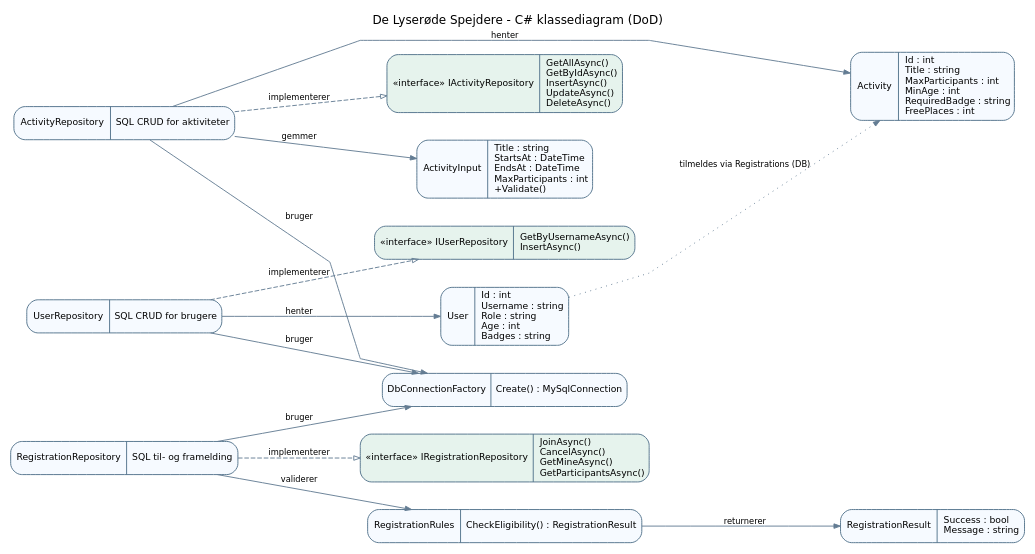
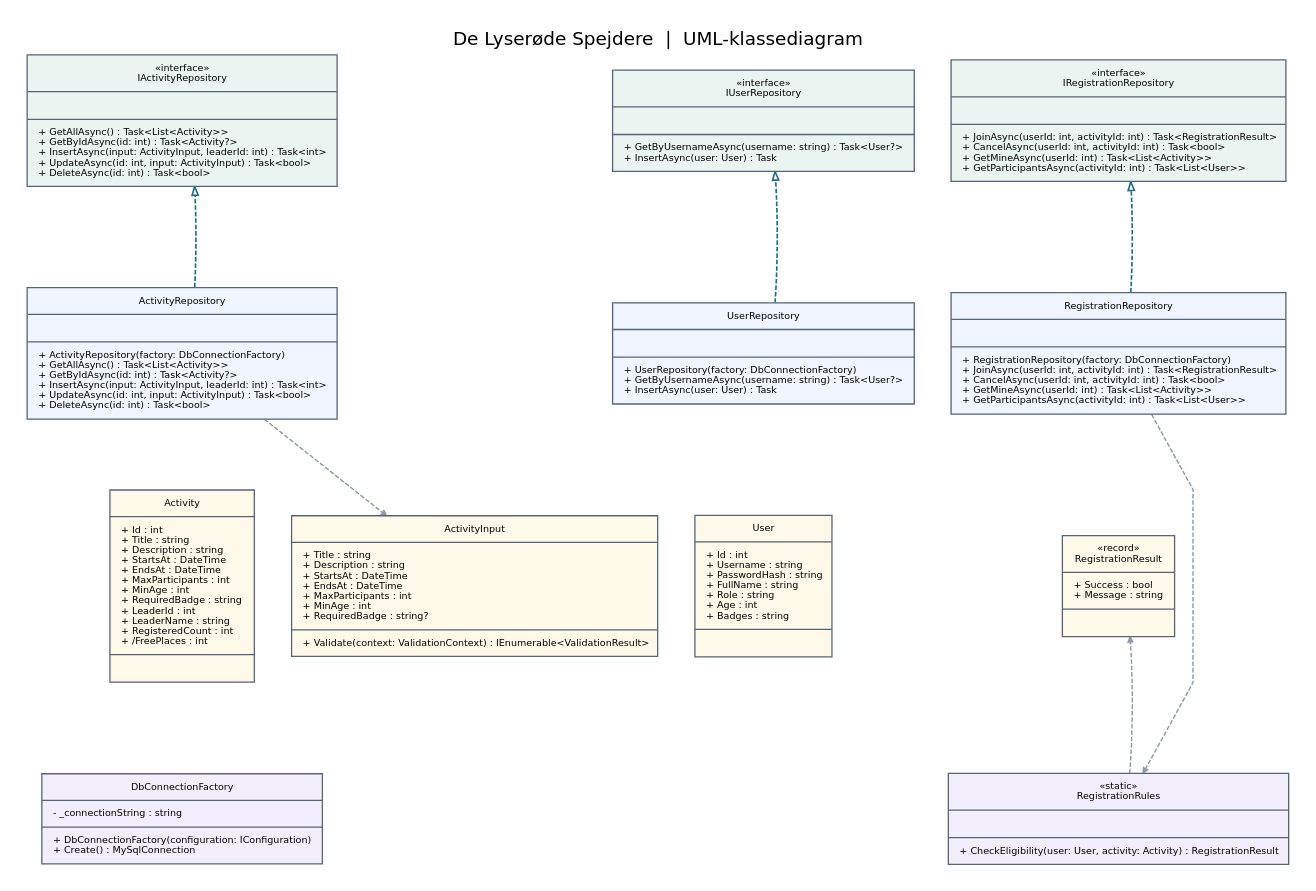
One commit to martinsir/DeLyseroedeSpejdere changed the diagram in DeLyseroedeSpejdere/Docs/Klassediagram.dot. Above: the diagram before and after it, drawn with Graphviz. The commit also changed 13 other files, not shown here.

```diff
--- a/DeLyseroedeSpejdere/Docs/Klassediagram.dot
+++ b/DeLyseroedeSpejdere/Docs/Klassediagram.dot
@@ -1,29 +1,35 @@
 digraph UML {
-  graph [rankdir=LR,bgcolor="white",fontname="DejaVu Sans",splines=polyline,nodesep=.40,ranksep=.9,fontsize=13,label="De Lyserøde Spejdere - C# klassediagram (DoD)",labelloc=t];
-  node [shape=record,style="rounded,filled",fillcolor="#f6faff",color="#50718a",fontname="DejaVu Sans",fontsize=10,margin="0.10,0.05"];
-  edge [color="#637c93",fontname="DejaVu Sans",fontsize=9,arrowsize=.7];
-  User [label="{User|Id : int\lUsername : string\lRole : string\lAge : int\lBadges : string\l}"];
-  Activity [label="{Activity|Id : int\lTitle : string\lMaxParticipants : int\lMinAge : int\lRequiredBadge : string\lFreePlaces : int\l}"];
-  ActivityInput [label="{ActivityInput|Title : string\lStartsAt : DateTime\lEndsAt : DateTime\lMaxParticipants : int\l+Validate()\l}"];
-  RegistrationResult [label="{RegistrationResult|Success : bool\lMessage : string\l}"];
-  IActivityRepository [label="{«interface» IActivityRepository|GetAllAsync()\lGetByIdAsync()\lInsertAsync()\lUpdateAsync()\lDeleteAsync()\l}",fillcolor="#e6f3ed"];
-  IUserRepository [label="{«interface» IUserRepository|GetByUsernameAsync()\lInsertAsync()\l}",fillcolor="#e6f3ed"];
-  IRegistrationRepository [label="{«interface» IRegistrationRepository|JoinAsync()\lCancelAsync()\lGetMineAsync()\lGetParticipantsAsync()\l}",fillcolor="#e6f3ed"];
-  ActivityRepository [label="{ActivityRepository|SQL CRUD for aktiviteter}"];
-  UserRepository [label="{UserRepository|SQL CRUD for brugere}"];
-  RegistrationRepository [label="{RegistrationRepository|SQL til- og framelding}"];
-  DbConnectionFactory [label="{DbConnectionFactory|Create() : MySqlConnection}"];
-  RegistrationRules [label="{RegistrationRules|CheckEligibility() : RegistrationResult}"];
-  ActivityRepository -> IActivityRepository [style=dashed,arrowhead=empty,label="implementerer"];
-  UserRepository -> IUserRepository [style=dashed,arrowhead=empty,label="implementerer"];
-  RegistrationRepository -> IRegistrationRepository [style=dashed,arrowhead=empty,label="implementerer"];
-  ActivityRepository -> DbConnectionFactory [label="bruger"];
-  UserRepository -> DbConnectionFactory [label="bruger"];
-  RegistrationRepository -> DbConnectionFactory [label="bruger"];
-  ActivityRepository -> Activity [label="henter"];
-  ActivityRepository -> ActivityInput [label="gemmer"];
-  UserRepository -> User [label="henter"];
-  RegistrationRepository -> RegistrationRules [label="validerer"];
-  RegistrationRules -> RegistrationResult [label="returnerer"];
-  User -> Activity [style=dotted,label="tilmeldes via Registrations (DB)"];
+  graph [rankdir=TB, bgcolor="white", pad="0.3", nodesep="0.56", ranksep="1.05 equally", splines=polyline, outputorder=edgesfirst, fontname="DejaVu Sans", fontsize=20, labelloc=t, label="De Lyserøde Spejdere  |  UML-klassediagram"];
+  node [shape=record, style="filled", color="#566477", penwidth=1.4, fontsize=10.4, fontname="DejaVu Sans", margin="0.17,0.12"];
+  edge [color="#536678", penwidth=1.5, arrowsize=0.95, fontname="DejaVu Sans", fontsize=9];
+  IActivityRepository [label="{«interface»\nIActivityRepository|\l|+ GetAllAsync() : Task\<List\<Activity\>\>\l+ GetByIdAsync(id: int) : Task\<Activity?\>\l+ InsertAsync(input: ActivityInput, leaderId: int) : Task\<int\>\l+ UpdateAsync(id: int, input: ActivityInput) : Task\<bool\>\l+ DeleteAsync(id: int) : Task\<bool\>\l}", fillcolor="#eaf4f0"];
+  IUserRepository [label="{«interface»\nIUserRepository|\l|+ GetByUsernameAsync(username: string) : Task\<User?\>\l+ InsertAsync(user: User) : Task\l}", fillcolor="#eaf4f0"];
+  IRegistrationRepository [label="{«interface»\nIRegistrationRepository|\l|+ JoinAsync(userId: int, activityId: int) : Task\<RegistrationResult\>\l+ CancelAsync(userId: int, activityId: int) : Task\<bool\>\l+ GetMineAsync(userId: int) : Task\<List\<Activity\>\>\l+ GetParticipantsAsync(activityId: int) : Task\<List\<User\>\>\l}", fillcolor="#eaf4f0"];
+  ActivityRepository [label="{ActivityRepository|\l|+ ActivityRepository(factory: DbConnectionFactory)\l+ GetAllAsync() : Task\<List\<Activity\>\>\l+ GetByIdAsync(id: int) : Task\<Activity?\>\l+ InsertAsync(input: ActivityInput, leaderId: int) : Task\<int\>\l+ UpdateAsync(id: int, input: ActivityInput) : Task\<bool\>\l+ DeleteAsync(id: int) : Task\<bool\>\l}", fillcolor="#f0f5ff"];
+  UserRepository [label="{UserRepository|\l|+ UserRepository(factory: DbConnectionFactory)\l+ GetByUsernameAsync(username: string) : Task\<User?\>\l+ InsertAsync(user: User) : Task\l}", fillcolor="#f0f5ff"];
+  RegistrationRepository [label="{RegistrationRepository|\l|+ RegistrationRepository(factory: DbConnectionFactory)\l+ JoinAsync(userId: int, activityId: int) : Task\<RegistrationResult\>\l+ CancelAsync(userId: int, activityId: int) : Task\<bool\>\l+ GetMineAsync(userId: int) : Task\<List\<Activity\>\>\l+ GetParticipantsAsync(activityId: int) : Task\<List\<User\>\>\l}", fillcolor="#f0f5ff"];
+  Activity [label="{Activity|+ Id : int\l+ Title : string\l+ Description : string\l+ StartsAt : DateTime\l+ EndsAt : DateTime\l+ MaxParticipants : int\l+ MinAge : int\l+ RequiredBadge : string\l+ LeaderId : int\l+ LeaderName : string\l+ RegisteredCount : int\l+ /FreePlaces : int\l| \l}", fillcolor="#fff9e9"];
+  User [label="{User|+ Id : int\l+ Username : string\l+ PasswordHash : string\l+ FullName : string\l+ Role : string\l+ Age : int\l+ Badges : string\l| \l}", fillcolor="#fff9e9"];
+  ActivityInput [label="{ActivityInput|+ Title : string\l+ Description : string\l+ StartsAt : DateTime\l+ EndsAt : DateTime\l+ MaxParticipants : int\l+ MinAge : int\l+ RequiredBadge : string?\l|+ Validate(context: ValidationContext) : IEnumerable\<ValidationResult\>\l}", fillcolor="#fff9e9"];
+  RegistrationResult [label="{«record»\nRegistrationResult|+ Success : bool\l+ Message : string\l| \l}", fillcolor="#fff9e9"];
+  DbConnectionFactory [label="{DbConnectionFactory|- _connectionString : string\l|+ DbConnectionFactory(configuration: IConfiguration)\l+ Create() : MySqlConnection\l}", fillcolor="#f3eefb"];
+  RegistrationRules [label="{«static»\nRegistrationRules|\l|+ CheckEligibility(user: User, activity: Activity) : RegistrationResult\l}", fillcolor="#f3eefb"];
+  { rank=same; IActivityRepository; IUserRepository; IRegistrationRepository; }
+  { rank=same; ActivityRepository; UserRepository; RegistrationRepository; }
+  { rank=same; Activity; ActivityInput; User; RegistrationResult; }
+  { rank=same; DbConnectionFactory; RegistrationRules; }
+  IActivityRepository -> ActivityRepository [style=invis, weight=110, minlen=1];
+  IUserRepository -> UserRepository [style=invis, weight=110, minlen=1];
+  IRegistrationRepository -> RegistrationRepository [style=invis, weight=110, minlen=1];
+  ActivityRepository -> Activity [style=invis, weight=110, minlen=1];
+  UserRepository -> User [style=invis, weight=110, minlen=1];
+  RegistrationRepository -> RegistrationResult [style=invis, weight=110, minlen=1];
+  Activity -> DbConnectionFactory [style=invis, weight=110, minlen=1];
+  RegistrationResult -> RegistrationRules [style=invis, weight=110, minlen=1];
+  ActivityRepository -> IActivityRepository [style=dashed, arrowhead=empty, color="#206e85", penwidth=1.8, constraint=false];
+  UserRepository -> IUserRepository [style=dashed, arrowhead=empty, color="#206e85", penwidth=1.8, constraint=false];
+  RegistrationRepository -> IRegistrationRepository [style=dashed, arrowhead=empty, color="#206e85", penwidth=1.8, constraint=false];
+  ActivityRepository -> ActivityInput [style=dashed, arrowhead=vee, arrowsize=0.65, color="#8b98aa", constraint=false];
+  RegistrationRepository -> RegistrationRules [style=dashed, arrowhead=vee, arrowsize=0.65, color="#8b98aa", constraint=false];
+  RegistrationRules -> RegistrationResult [style=dashed, arrowhead=vee, arrowsize=0.65, color="#8b98aa", constraint=false];
 }
```
